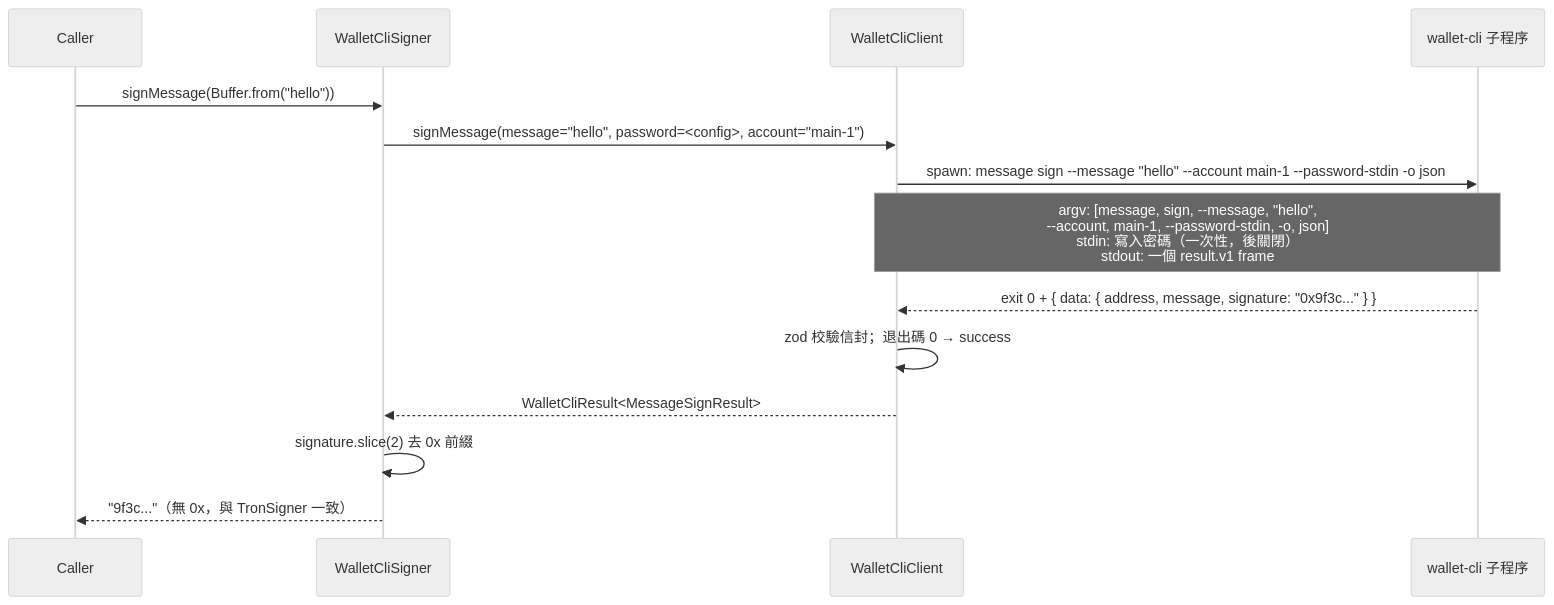
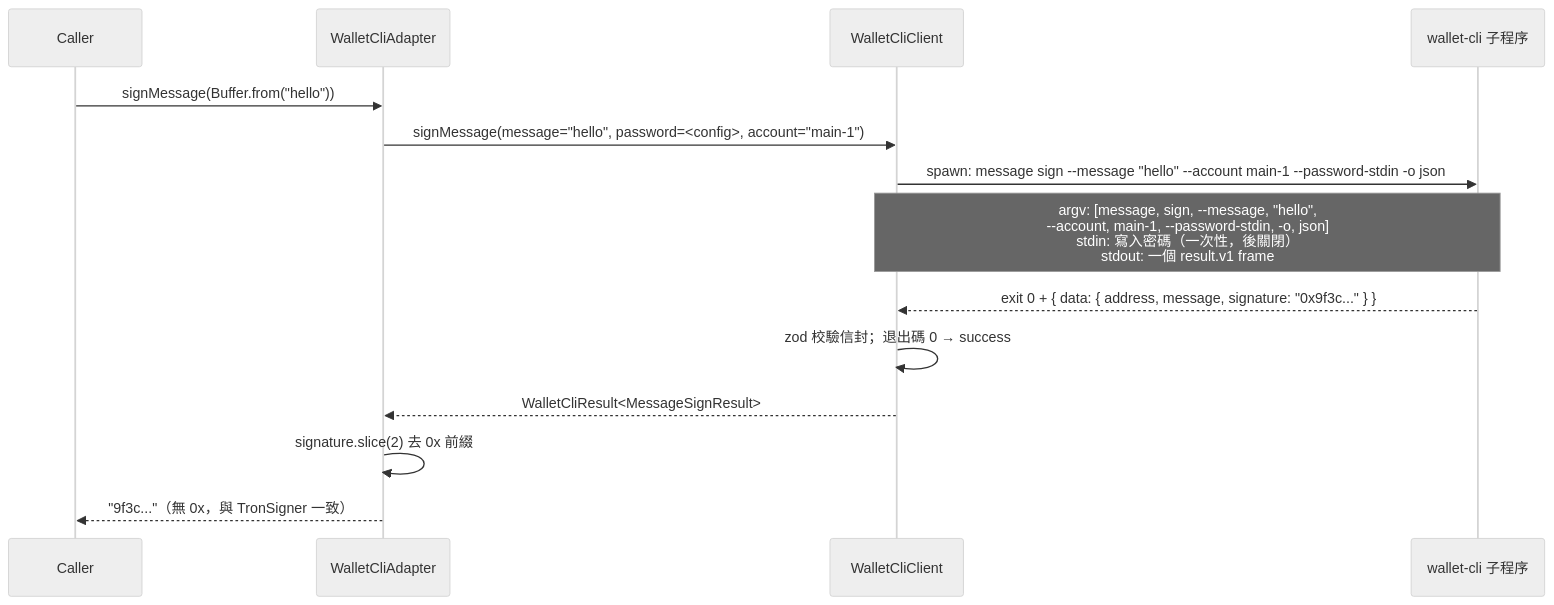
One commit to BofAI/agent-wallet changed the third of 5 diagrams in .kiro/specs/wallet-cli-integration/design.md. Above: the diagram before and after it, drawn with Mermaid (neutral theme). The commit also changed other lines of this file and 5 other files, not shown here.

Commit message:
fix: rename WalletCliSigner in spec docs missed by previous commit

````diff
--- a/.kiro/specs/wallet-cli-integration/design.md
+++ b/.kiro/specs/wallet-cli-integration/design.md
@@ -427,17 +427,17 @@
 ```mermaid
 sequenceDiagram
   participant App as Caller
-  participant Signer as WalletCliSigner
+  participant Signer as WalletCliAdapter
   participant Client as WalletCliClient
   participant Cli as wallet-cli 子程序
 
   App->>Signer: signMessage(Buffer.from("hello"))
   Signer->>Client: signMessage(message="hello", password=<config>, account="main-1")
   Client->>Cli: spawn: message sign --message "hello" --account main-1 --password-stdin -o json
   Note over Client,Cli: argv: [message, sign, --message, "hello",<br/>--account, main-1, --password-stdin, -o, json]<br/>stdin: 寫入密碼（一次性，後關閉）<br/>stdout: 一個 result.v1 frame
   Cli-->>Client: exit 0 + { data: { address, message, signature: "0x9f3c..." } }
   Client->>Client: zod 校驗信封；退出碼 0 → success
   Client-->>Signer: WalletCliResult<MessageSignResult>
   Signer->>Signer: signature.slice(2) 去 0x 前綴
   Signer-->>App: "9f3c..."（無 0x，與 TronSigner 一致）
 ```
````
